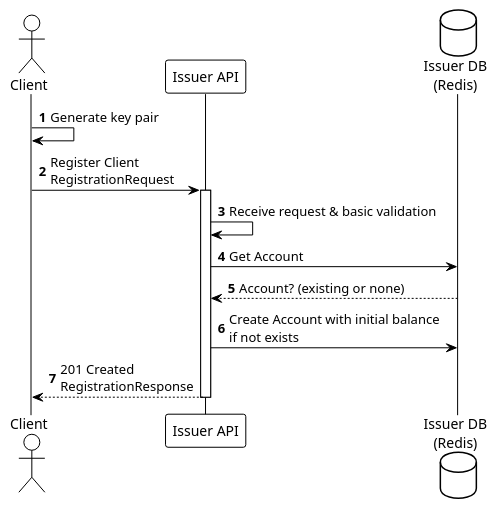
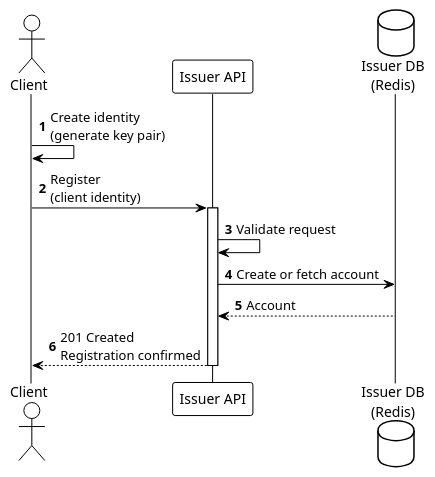
One commit to otaviootavio/nanomoni changed the diagram in umls/phase1a-registration.puml. Above: the diagram before and after it, drawn with PlantUML. The commit also changed 73 other files, not shown here.

```diff
--- a/umls/phase1a-registration.puml
+++ b/umls/phase1a-registration.puml
@@ -1,25 +1,22 @@
 @startuml Phase1a_Registration
 
 !theme plain
 autonumber
 
 actor "Client" as Client
 participant "Issuer API" as Issuer
 database "Issuer DB\n(Redis)" as IssuerDB
 
-Client -> Client: Generate key pair
+Client -> Client: Create identity\n(generate key pair)
 
-Client -> Issuer: Register Client\nRegistrationRequest
+Client -> Issuer: Register\n(client identity)
 activate Issuer
 
-Issuer -> Issuer: Receive request & basic validation
+Issuer -> Issuer: Validate request
+Issuer -> IssuerDB: Create or fetch account
+IssuerDB --> Issuer: Account
 
-Issuer -> IssuerDB: Get Account
-IssuerDB --> Issuer: Account? (existing or none)
-
-Issuer -> IssuerDB: Create Account with initial balance\nif not exists
-
-Issuer --> Client: 201 Created\nRegistrationResponse
+Issuer --> Client: 201 Created\nRegistration confirmed
 deactivate Issuer
 
 @enduml
```
